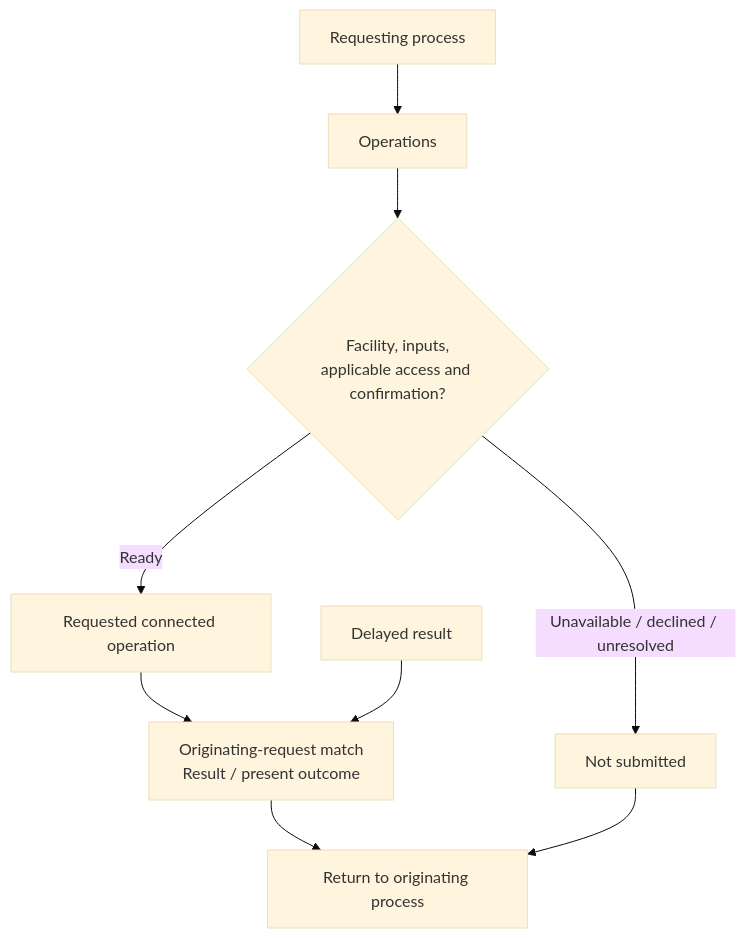
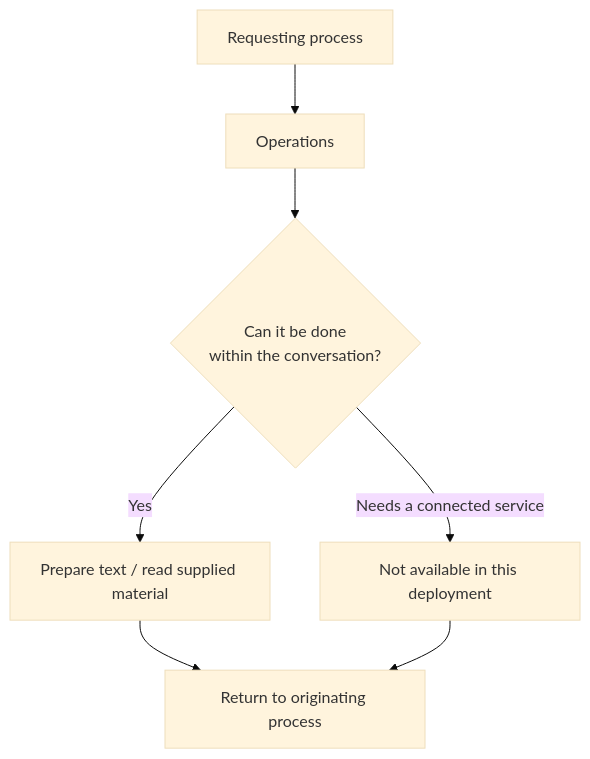
The fourth of 4 diagrams in mental-health-instruction-set/standalone/SYSTEM_PROMPT.md (davidarchdale2-lab/Ontheqt), drawn with Mermaid (base theme) before and after one commit. The commit also changed other lines of this file and 7 other files, not shown here.

````diff
--- a/mental-health-instruction-set/standalone/SYSTEM_PROMPT.md
+++ b/mental-health-instruction-set/standalone/SYSTEM_PROMPT.md
@@ -1926,11 +1901,9 @@
 ```mermaid
 flowchart TD
     Q["Requesting process"] --> O["Operations"]
-    O --> G{"Facility, inputs,<br/>applicable access and confirmation?"}
-    G -- "Ready" --> X["Requested connected operation"]
-    G -- "Unavailable / declined / unresolved" --> NS["Not submitted"]
-    X --> M["Originating-request match<br/>Result / present outcome"]
-    L["Delayed result"] --> M
-    M --> B["Return to originating process"]
+    O --> G{"Can it be done<br/>within the conversation?"}
+    G -- "Yes" --> X["Prepare text / read supplied material"]
+    G -- "Needs a connected service" --> NS["Not available in this deployment"]
+    X --> B["Return to originating process"]
     NS --> B
 ```
````
